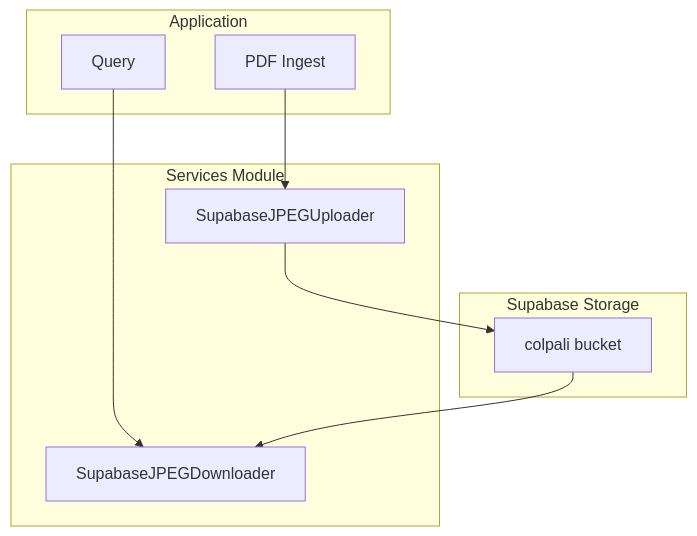
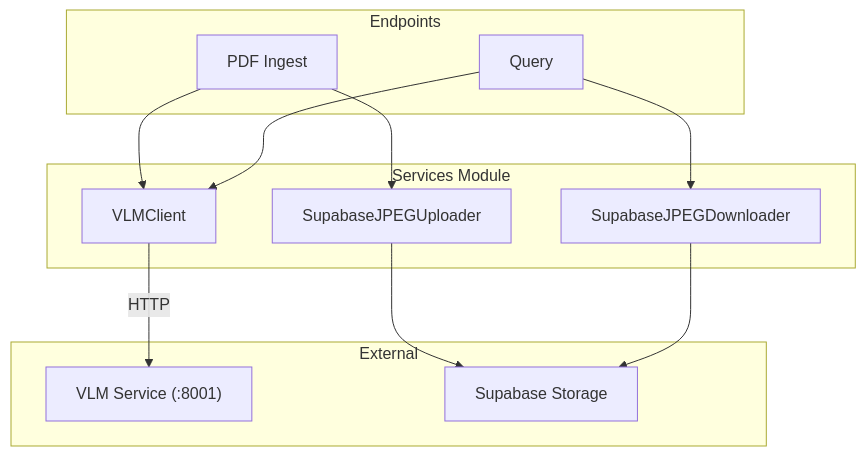
The first of 4 diagrams in docs/modules/services.md (akosgintl/colpali-rag-app), drawn with Mermaid before and after one commit. The commit also changed other lines of this file and 84 other files, not shown here.

Commit message:
refactored to document-api and colpali-vlm projects

````diff
--- a/docs/modules/services.md
+++ b/docs/modules/services.md
@@ -16,21 +19,26 @@
 ```mermaid
 graph TD
     subgraph Services["Services Module"]
+        VLMClient["VLMClient"]
         Uploader["SupabaseJPEGUploader"]
         Downloader["SupabaseJPEGDownloader"]
     end
 
-    subgraph Supabase["Supabase Storage"]
-        Bucket["colpali bucket"]
+    subgraph External["External"]
+        VLM["VLM Service (:8001)"]
+        Supabase["Supabase Storage"]
     end
 
-    subgraph App["Application"]
+    subgraph App["Endpoints"]
         Ingest["PDF Ingest"]
         Query["Query"]
     end
 
+    Ingest --> VLMClient
     Ingest --> Uploader
-    Uploader --> Bucket
+    Query --> VLMClient
     Query --> Downloader
-    Bucket --> Downloader
+    VLMClient -->|HTTP| VLM
+    Uploader --> Supabase
+    Downloader --> Supabase
 ```
````
